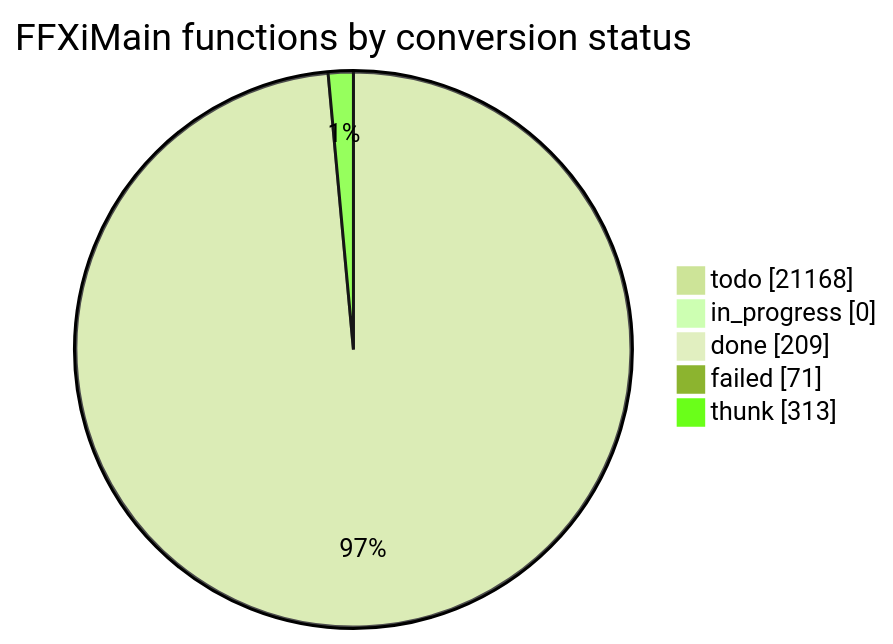
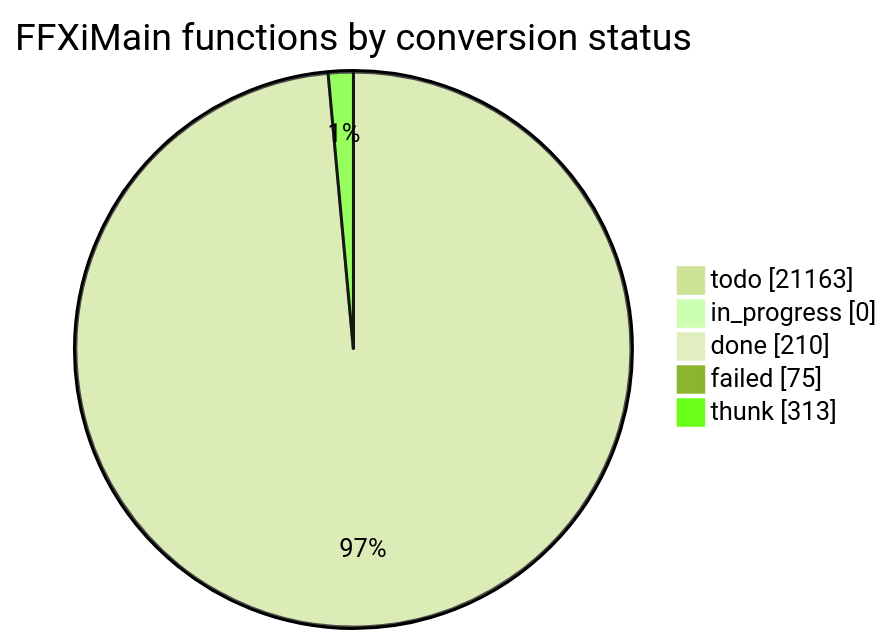
One commit to cowrevenge/cow_kuluu_xi_anything changed the diagram in docs/cow/STATUS.md. Above: the diagram before and after it, drawn with Mermaid (forest theme). The commit also changed other lines of this file and 9 other files, not shown here.

````diff
--- a/docs/cow/STATUS.md
+++ b/docs/cow/STATUS.md
@@ -18,9 +18,9 @@
 ```mermaid
 pie showData
     title FFXiMain functions by conversion status
-    "todo" : 21168
+    "todo" : 21163
     "in_progress" : 0
-    "done" : 209
-    "failed" : 71
+    "done" : 210
+    "failed" : 75
     "thunk" : 313
 ```
````
